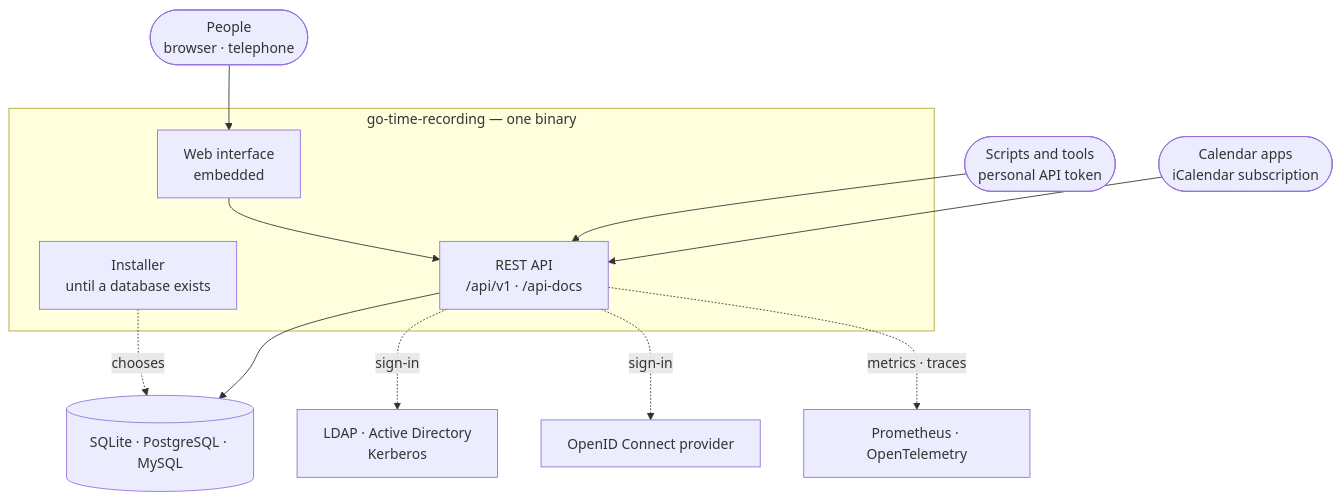
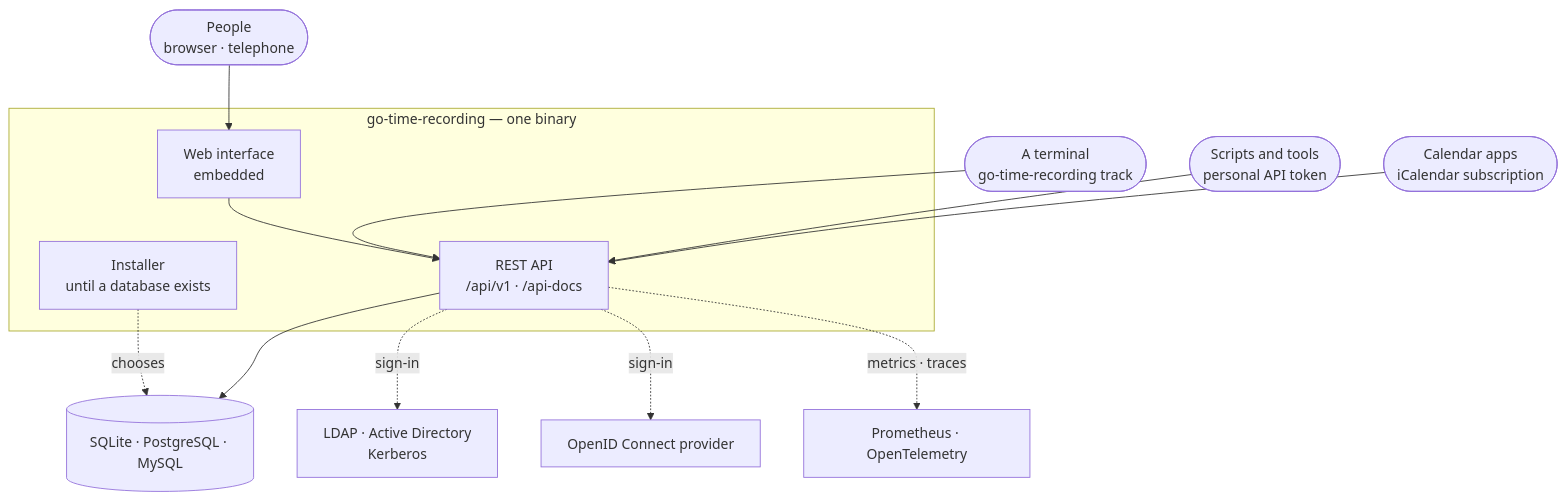
One commit to dennis-dko/go-time-recording changed the first of 3 diagrams in README.md. Above: the diagram before and after it, drawn with Mermaid. The commit also changed other lines of this file, not shown here.

````diff
--- a/README.md
+++ b/README.md
@@ -142,26 +144,28 @@
 ```mermaid
 flowchart TB
     people(["People<br/>browser · telephone"])
+    terminal(["A terminal<br/>go-time-recording track"])
     scripts(["Scripts and tools<br/>personal API token"])
     calendars(["Calendar apps<br/>iCalendar subscription"])
 
     subgraph binary["go-time-recording — one binary"]
         installer["Installer<br/>until a database exists"]
         ui["Web interface<br/>embedded"]
         api["REST API<br/>/api/v1 · /api-docs"]
     end
 
     db[("SQLite · PostgreSQL · MySQL")]
     directory["LDAP · Active Directory<br/>Kerberos"]
     provider["OpenID Connect provider"]
     telemetry["Prometheus · OpenTelemetry"]
 
     people --> ui --> api
+    terminal --> api
     scripts --> api
     calendars --> api
     installer -. chooses .-> db
     api --> db
     api -. sign-in .-> directory
     api -. sign-in .-> provider
     api -. metrics · traces .-> telemetry
 ```
````
